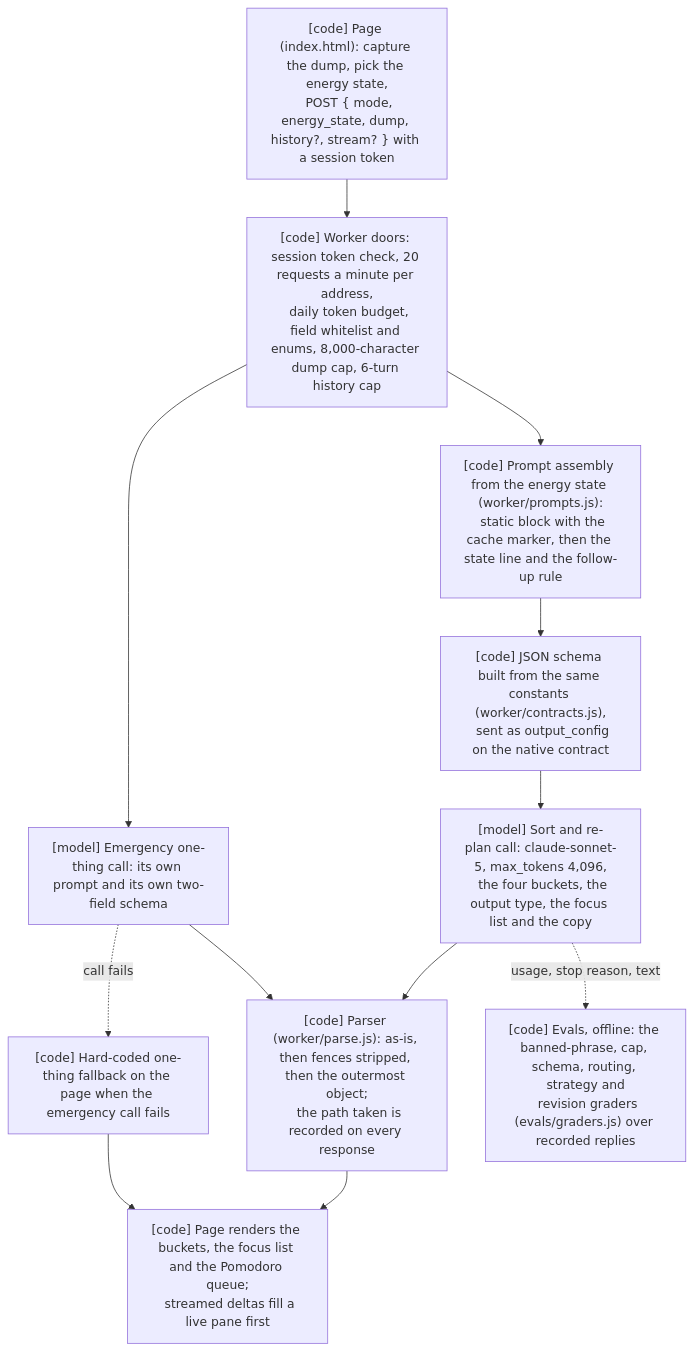
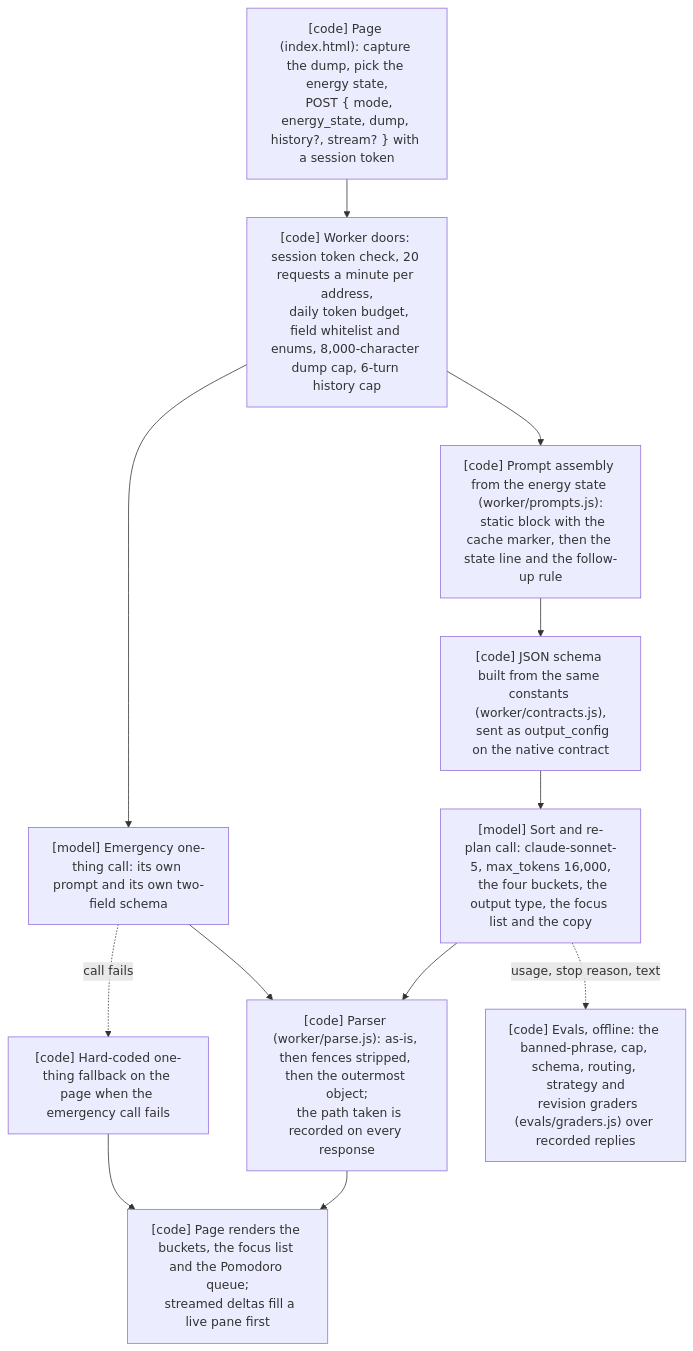
One commit to SamieVargas/brain-dump changed the diagram in README.md. Above: the diagram before and after it, drawn with Mermaid. The commit also changed other lines of this file and 1 other file, not shown here.

````diff
--- a/README.md
+++ b/README.md
@@ -17,25 +17,25 @@
 ```mermaid
 flowchart TD
   P["[code] Page (index.html): capture the dump, pick the energy state,
   POST { mode, energy_state, dump, history?, stream? } with a session token"]
   D["[code] Worker doors: session token check, 20 requests a minute per address,
   daily token budget, field whitelist and enums, 8,000-character dump cap, 6-turn history cap"]
   A["[code] Prompt assembly from the energy state (worker/prompts.js):
   static block with the cache marker, then the state line and the follow-up rule"]
   S["[code] JSON schema built from the same constants (worker/contracts.js),
   sent as output_config on the native contract"]
-  M["[model] Sort and re-plan call: claude-sonnet-5, max_tokens 4,096,
+  M["[model] Sort and re-plan call: claude-sonnet-5, max_tokens 16,000,
   the four buckets, the output type, the focus list and the copy"]
   E["[model] Emergency one-thing call: its own prompt and its own two-field schema"]
   X["[code] Parser (worker/parse.js): as-is, then fences stripped, then the outermost object;
   the path taken is recorded on every response"]
   F["[code] Hard-coded one-thing fallback on the page when the emergency call fails"]
   R["[code] Page renders the buckets, the focus list and the Pomodoro queue;
   streamed deltas fill a live pane first"]
   G["[code] Evals, offline: the banned-phrase, cap, schema, routing, strategy and
   revision graders (evals/graders.js) over recorded replies"]
   P --> D --> A --> S --> M --> X --> R
   D --> E --> X
   E -. call fails .-> F --> R
   M -. usage, stop reason, text .-> G
 ```
````
